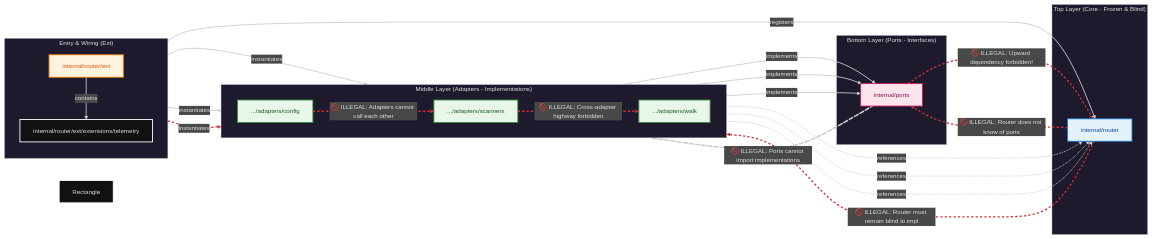
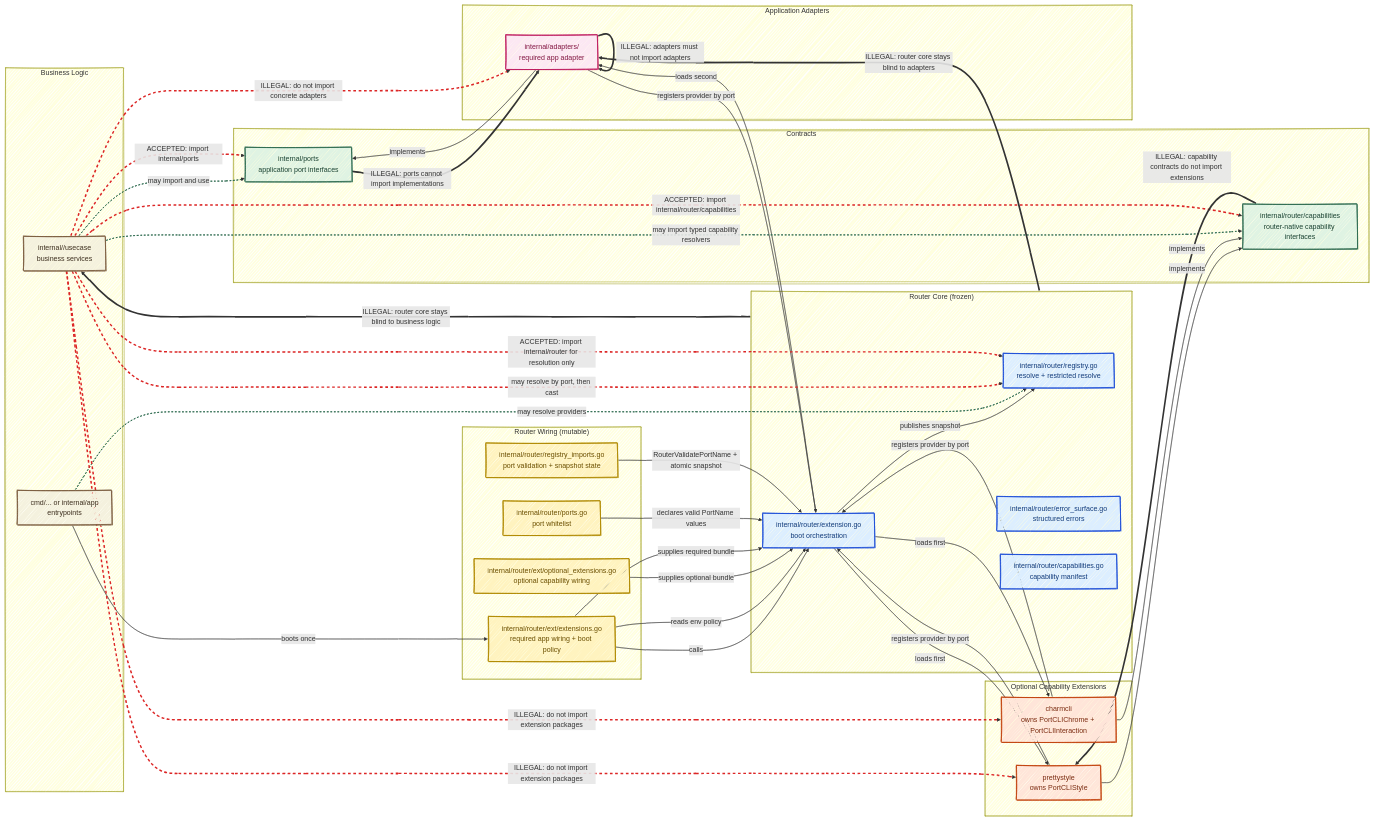
The diagram in docs/documentation/architecture_diagram.mmd (michaelbomholt665/wrlk), drawn with Mermaid before and after one commit. The commit also changed 11 other files, not shown here.

Commit message:
Updated documentation, mermaid etc.

```diff
--- a/docs/documentation/architecture_diagram.mmd
+++ b/docs/documentation/architecture_diagram.mmd
@@ -1,60 +1,94 @@
 ---
 config:
   layout: dagre
-  theme: redux-dark
-  look: classic
+  look: handDrawn
 ---
 flowchart LR
- subgraph ExtLayer["Entry & Wiring (Ext)"]
-        direction TB
-        RouterExt["internal/router/ext"]
-        ExtSubExt["internal/router/ext/extensions/telemetry"]
-  end
-        RouterExt -- contains --> ExtSubExt
- subgraph RouterCore["Top Layer (Core - Frozen & Blind)"]
-        CoreRouter["internal/router"]
-  end
- subgraph AdaptersLayer["Middle Layer (Adapters - Implementations)"]
-    direction LR
-        AdapterConfig[".../adapters/config"]
-        AdapterScanners[".../adapters/scanners"]
-        AdapterWalk[".../adapters/walk"]
-  end
- subgraph PortsLayer["Bottom Layer (Ports - Interfaces)"]
-        Ports["internal/ports"]
-  end
-    AdapterConfig -- implements --> Ports
-    AdapterScanners -- implements --> Ports
-    AdapterWalk -- implements --> Ports
-    AdapterConfig -. references .-> CoreRouter
-    AdapterScanners -. references .-> CoreRouter
-    AdapterWalk -. references .-> CoreRouter
-    RouterExt -- registers --> CoreRouter
-    RouterExt -- instantiates --> AdapterConfig & AdapterScanners & AdapterWalk
-    Ports == 🚫 ILLEGAL: Upward dependency forbidden! ==> CoreRouter
-    AdapterConfig == 🚫 ILLEGAL: Adapters cannot call each other ==> AdapterScanners
-    AdapterScanners == "🚫 ILLEGAL: Cross-adapter highway forbidden" ==> AdapterWalk
-    CoreRouter == 🚫 ILLEGAL: Router must remain blind to impl ==> AdapterConfig
-    CoreRouter == 🚫 ILLEGAL: Router does not know of ports ==> Ports
-    Ports L_Ports_AdapterConfig_0@== 🚫 ILLEGAL: Ports cannot import implementations ==> AdapterConfig
-    n1["Rectangle"]
+    subgraph Business["Business Logic"]
+        UseCase["internal/<domain>/usecase\nbusiness services"]
+        CLI["cmd/... or internal/app\nentrypoints"]
+    end
 
-    n1@{ shape: rect}
-     RouterExt:::ext
-     CoreRouter:::core
-     AdapterConfig:::adapters
-     AdapterScanners:::adapters
-     AdapterWalk:::adapters
-     Ports:::ports
-    classDef ports fill:#fce4ec,stroke:#c2185b,stroke-width:2px,color:#880e4f
-    classDef adapters fill:#e8f5e9,stroke:#388e3c,stroke-width:2px,color:#1b5e20
-    classDef core fill:#e3f2fd,stroke:#1976d2,stroke-width:2px,color:#0d47a1
-    classDef ext fill:#fff3e0,stroke:#f57c00,stroke-width:2px,color:#e65100
-    linkStyle 10 stroke:#d32f2f,stroke-width:3px,stroke-dasharray: 5 5,fill:none
-    linkStyle 11 stroke:#d32f2f,stroke-width:3px,stroke-dasharray: 5 5,fill:none
-    linkStyle 12 stroke:#d32f2f,stroke-width:3px,stroke-dasharray: 5 5,fill:none
-    linkStyle 13 stroke:#d32f2f,stroke-width:3px,stroke-dasharray: 5 5,fill:none
-    linkStyle 14 stroke:#d32f2f,stroke-width:3px,stroke-dasharray: 5 5,fill:none
-    linkStyle 15 stroke:#d32f2f,stroke-width:3px,stroke-dasharray: 5 5,fill:none
+    subgraph Contracts["Contracts"]
+        AppPorts["internal/ports\napplication port interfaces"]
+        CapPkg["internal/router/capabilities\nrouter-native capability interfaces"]
+    end
 
-    L_Ports_AdapterConfig_0@{ animation: slow }
+    subgraph RouterMutable["Router Wiring (mutable)"]
+        Ports["internal/router/ports.go\nport whitelist"]
+        Imports["internal/router/registry_imports.go\nport validation + snapshot state"]
+        OptExt["internal/router/ext/optional_extensions.go\noptional capability wiring"]
+        ReqExt["internal/router/ext/extensions.go\nrequired app wiring + boot policy"]
+    end
+
+    subgraph RouterCore["Router Core (frozen)"]
+        Extension["internal/router/extension.go\nboot orchestration"]
+        Registry["internal/router/registry.go\nresolve + restricted resolve"]
+        Errors["internal/router/error_surface.go\nstructured errors"]
+        Manifest["internal/router/capabilities.go\ncapability manifest"]
+    end
+
+    subgraph OptionalExts["Optional Capability Extensions"]
+        Pretty["prettystyle\nowns PortCLIStyle"]
+        Charm["charmcli\nowns PortCLIChrome + PortCLIInteraction"]
+    end
+
+    subgraph Adapters["Application Adapters"]
+        Adapter["internal/adapters/<name>\nrequired app adapter"]
+    end
+
+    CLI -->|"boots once"| ReqExt
+    ReqExt -->|"calls"| Extension
+    ReqExt -->|"reads env policy"| Extension
+    OptExt -->|"supplies optional bundle"| Extension
+    ReqExt -->|"supplies required bundle"| Extension
+    Ports -->|"declares valid PortName values"| Extension
+    Imports -->|"RouterValidatePortName + atomic snapshot"| Extension
+
+    Extension -->|"publishes snapshot"| Registry
+    Extension -->|"loads first"| Pretty
+    Extension -->|"loads first"| Charm
+    Extension -->|"loads second"| Adapter
+
+    Pretty -->|"registers provider by port"| Extension
+    Charm -->|"registers provider by port"| Extension
+    Adapter -->|"registers provider by port"| Extension
+
+    Pretty -->|"implements"| CapPkg
+    Charm -->|"implements"| CapPkg
+    Adapter -->|"implements"| AppPorts
+
+    UseCase -->|"may import and use"| AppPorts
+    UseCase -->|"may import typed capability resolvers"| CapPkg
+    CLI -->|"may resolve providers"| Registry
+    UseCase -->|"may resolve by port, then cast"| Registry
+
+    UseCase -. "ACCEPTED: import internal/ports" .-> AppPorts
+    UseCase -. "ACCEPTED: import internal/router/capabilities" .-> CapPkg
+    UseCase -. "ACCEPTED: import internal/router for resolution only" .-> Registry
+
+    UseCase ==> |"ILLEGAL: do not import concrete adapters"| Adapter
+    UseCase ==> |"ILLEGAL: do not import extension packages"| Pretty
+    UseCase ==> |"ILLEGAL: do not import extension packages"| Charm
+    Adapter ==> |"ILLEGAL: adapters must not import adapters"| Adapter
+    AppPorts ==> |"ILLEGAL: ports cannot import implementations"| Adapter
+    CapPkg ==> |"ILLEGAL: capability contracts do not import extensions"| Pretty
+    RouterCore ==> |"ILLEGAL: router core stays blind to adapters"| Adapter
+    RouterCore ==> |"ILLEGAL: router core stays blind to business logic"| UseCase
+
+    classDef business fill:#f4f1de,stroke:#7a5c3e,color:#3d2f1f,stroke-width:2px
+    classDef contracts fill:#dff3e3,stroke:#2d6a4f,color:#1b4332,stroke-width:2px
+    classDef mutable fill:#fff3bf,stroke:#b08900,color:#6b4f00,stroke-width:2px
+    classDef core fill:#dceeff,stroke:#1d4ed8,color:#123b7a,stroke-width:2px
+    classDef ext fill:#ffe5d9,stroke:#c2410c,color:#7c2d12,stroke-width:2px
+    classDef adapters fill:#fce7f3,stroke:#be185d,color:#831843,stroke-width:2px
+
+    class UseCase,CLI business
+    class AppPorts,CapPkg contracts
+    class Ports,Imports,OptExt,ReqExt mutable
+    class Extension,Registry,Errors,Manifest core
+    class Pretty,Charm ext
+    class Adapter adapters
+
+    linkStyle 17,18,19 stroke:#2d6a4f,stroke-width:2px,stroke-dasharray: 4 4
+    linkStyle 20,21,22,23,24,25,26 stroke:#dc2626,stroke-width:3px,stroke-dasharray: 6 6
```
